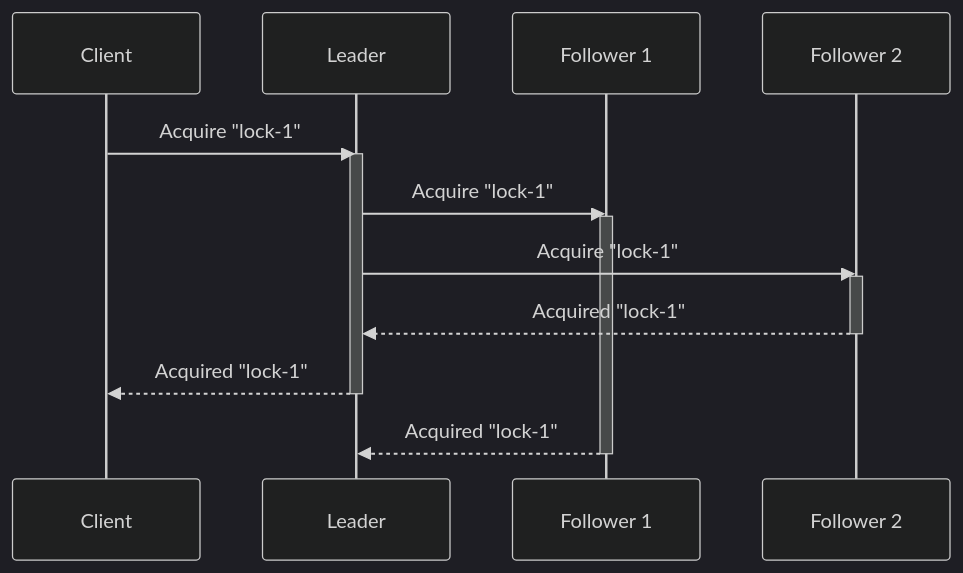
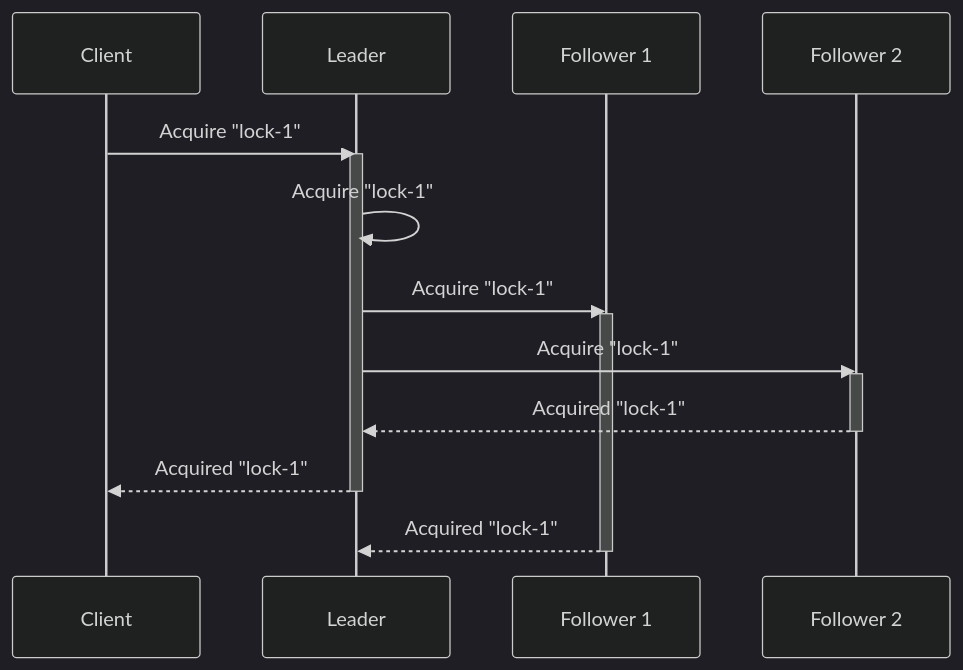
The first of 2 diagrams in README.md (kgantsov/dlock), drawn with Mermaid (dark theme) before and after one commit. The commit also changed other lines of this file, not shown here.

Commit message:
Add one more fix to diagrams in README.md

````diff
--- a/README.md
+++ b/README.md
@@ -8,15 +8,16 @@
 ```mermaid
 sequenceDiagram
     Client->>Leader: Acquire "lock-1"
     activate Leader
+    Leader->>Leader: Acquire "lock-1"
     Leader->>Follower 1: Acquire "lock-1"
     activate Follower 1
     Leader->>Follower 2: Acquire "lock-1"
     activate Follower 2
     Follower 2-->>Leader: Acquired "lock-1"
     deactivate Follower 2
     Leader-->>Client: Acquired "lock-1"
     deactivate Leader
     Follower 1-->>Leader: Acquired "lock-1"
     deactivate Follower 1
 ```
````
